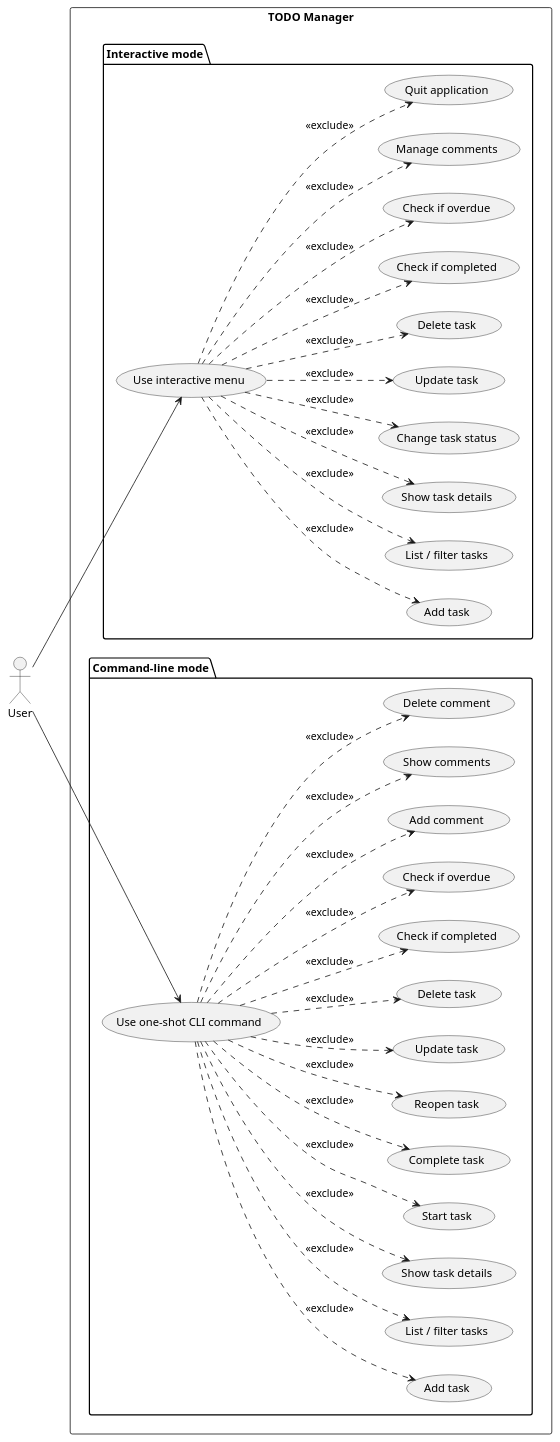
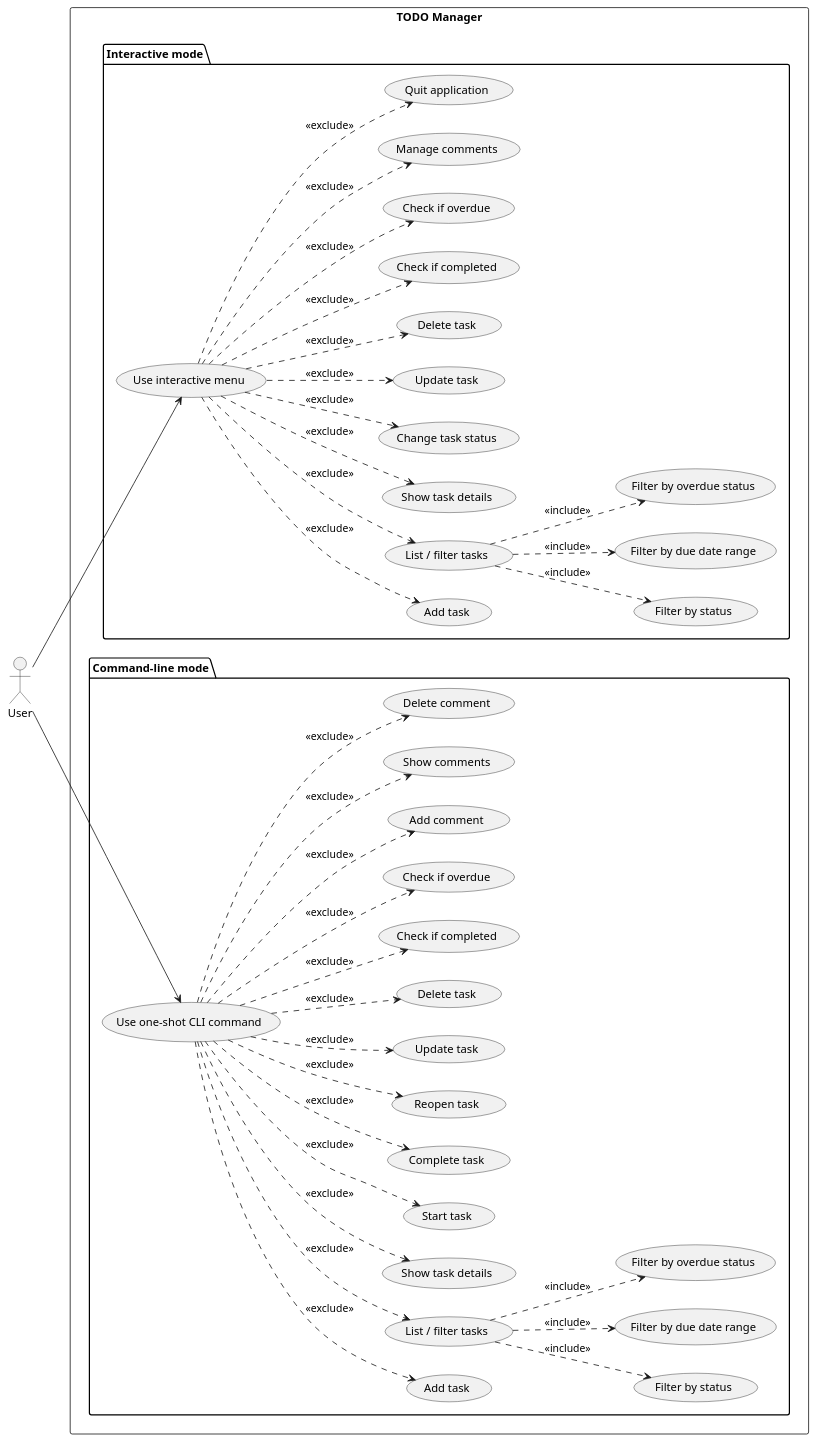
Before and after one commit to DanielRiha8906/Software_autoevolution_using_agents: the diagram in experiments/pipeline/structured_text/TODO/artifacts/use_case_diagram.puml, drawn with PlantUML. The commit also changed 12 other files, not shown here.

First line of the commit message:
task 05 | pipeline / structured_text / TODO — Add due date and overdue filtering

```diff
--- a/experiments/pipeline/structured_text/TODO/artifacts/use_case_diagram.puml
+++ b/experiments/pipeline/structured_text/TODO/artifacts/use_case_diagram.puml
@@ -1,69 +1,81 @@
 @startuml use_case_diagram
 
 left to right direction
 
 actor User
 
 rectangle "TODO Manager" {
 
   package "Interactive mode" {
     usecase "Use interactive menu" as UI
     usecase "Add task" as I_ADD
     usecase "List / filter tasks" as I_LIST
+    usecase "Filter by status" as I_STATUS_FILTER
+    usecase "Filter by due date range" as I_DATE_FILTER
+    usecase "Filter by overdue status" as I_OVERDUE_FILTER
     usecase "Show task details" as I_SHOW
     usecase "Change task status" as I_STATUS
     usecase "Update task" as I_UPDATE
     usecase "Delete task" as I_DELETE
     usecase "Check if completed" as I_COMPLETED
     usecase "Check if overdue" as I_OVERDUE
     usecase "Manage comments" as I_COMMENTS
     usecase "Quit application" as I_QUIT
   }
 
   package "Command-line mode" {
     usecase "Use one-shot CLI command" as CLI
     usecase "Add task" as C_ADD
     usecase "List / filter tasks" as C_LIST
+    usecase "Filter by status" as C_STATUS_FILTER
+    usecase "Filter by due date range" as C_DATE_FILTER
+    usecase "Filter by overdue status" as C_OVERDUE_FILTER
     usecase "Show task details" as C_SHOW
     usecase "Start task" as C_START
     usecase "Complete task" as C_DONE
     usecase "Reopen task" as C_REOPEN
     usecase "Update task" as C_UPDATE
     usecase "Delete task" as C_DELETE
     usecase "Check if completed" as C_COMPLETED
     usecase "Check if overdue" as C_OVERDUE
     usecase "Add comment" as C_ADD_COMMENT
     usecase "Show comments" as C_SHOW_COMMENTS
     usecase "Delete comment" as C_DELETE_COMMENT
   }
 }
 
 User --> UI
 User --> CLI
 
 UI ..> I_ADD       : <<exclude>>
 UI ..> I_LIST      : <<exclude>>
+I_LIST ..> I_STATUS_FILTER : <<include>>
+I_LIST ..> I_DATE_FILTER : <<include>>
+I_LIST ..> I_OVERDUE_FILTER : <<include>>
 UI ..> I_SHOW      : <<exclude>>
 UI ..> I_STATUS    : <<exclude>>
 UI ..> I_UPDATE    : <<exclude>>
 UI ..> I_DELETE    : <<exclude>>
 UI ..> I_COMPLETED : <<exclude>>
 UI ..> I_OVERDUE   : <<exclude>>
 UI ..> I_COMMENTS  : <<exclude>>
 UI ..> I_QUIT      : <<exclude>>
 
 CLI ..> C_ADD            : <<exclude>>
 CLI ..> C_LIST           : <<exclude>>
+C_LIST ..> C_STATUS_FILTER : <<include>>
+C_LIST ..> C_DATE_FILTER : <<include>>
+C_LIST ..> C_OVERDUE_FILTER : <<include>>
 CLI ..> C_SHOW           : <<exclude>>
 CLI ..> C_START          : <<exclude>>
 CLI ..> C_DONE           : <<exclude>>
 CLI ..> C_REOPEN         : <<exclude>>
 CLI ..> C_UPDATE         : <<exclude>>
 CLI ..> C_DELETE         : <<exclude>>
 CLI ..> C_COMPLETED      : <<exclude>>
 CLI ..> C_OVERDUE        : <<exclude>>
 CLI ..> C_ADD_COMMENT    : <<exclude>>
 CLI ..> C_SHOW_COMMENTS  : <<exclude>>
 CLI ..> C_DELETE_COMMENT : <<exclude>>
 
 @enduml
```
